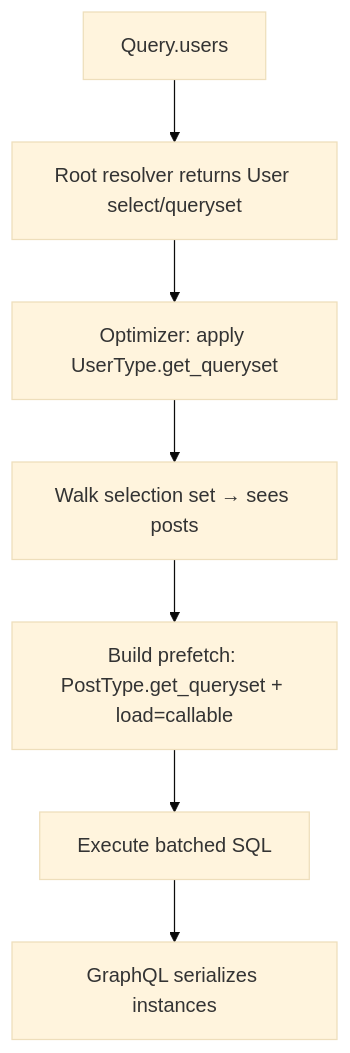
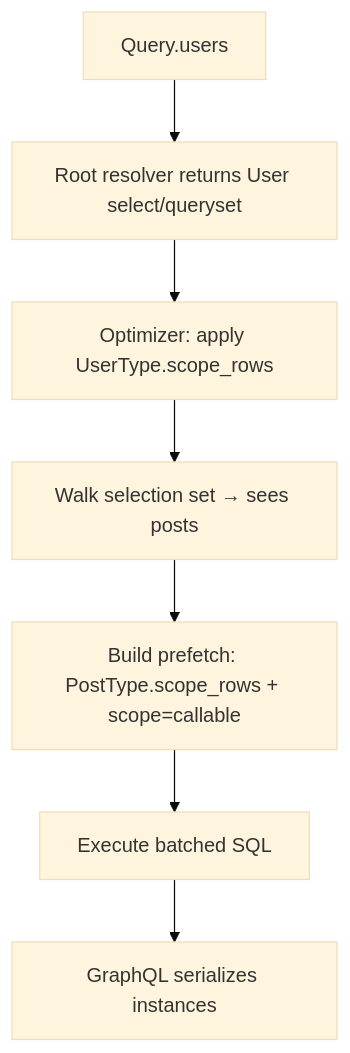
Before and after one commit to strawberry-graphql/strawberry-orm: the diagram in README.md, drawn with Mermaid (base theme). The commit also changed other lines of this file and 154 other files, not shown here.

````diff
--- a/README.md
+++ b/README.md
@@ -180,9 +185,9 @@
 ```mermaid
 flowchart TD
   Q["Query.users"] --> R["Root resolver returns User select/queryset"]
-  R --> O["Optimizer: apply UserType.get_queryset"]
+  R --> O["Optimizer: apply UserType.scope_rows"]
   O --> W["Walk selection set → sees posts"]
-  W --> P["Build prefetch: PostType.get_queryset + load=callable"]
+  W --> P["Build prefetch: PostType.scope_rows + scope=callable"]
   P --> SQL["Execute batched SQL"]
   SQL --> G["GraphQL serializes instances"]
 ```
````
